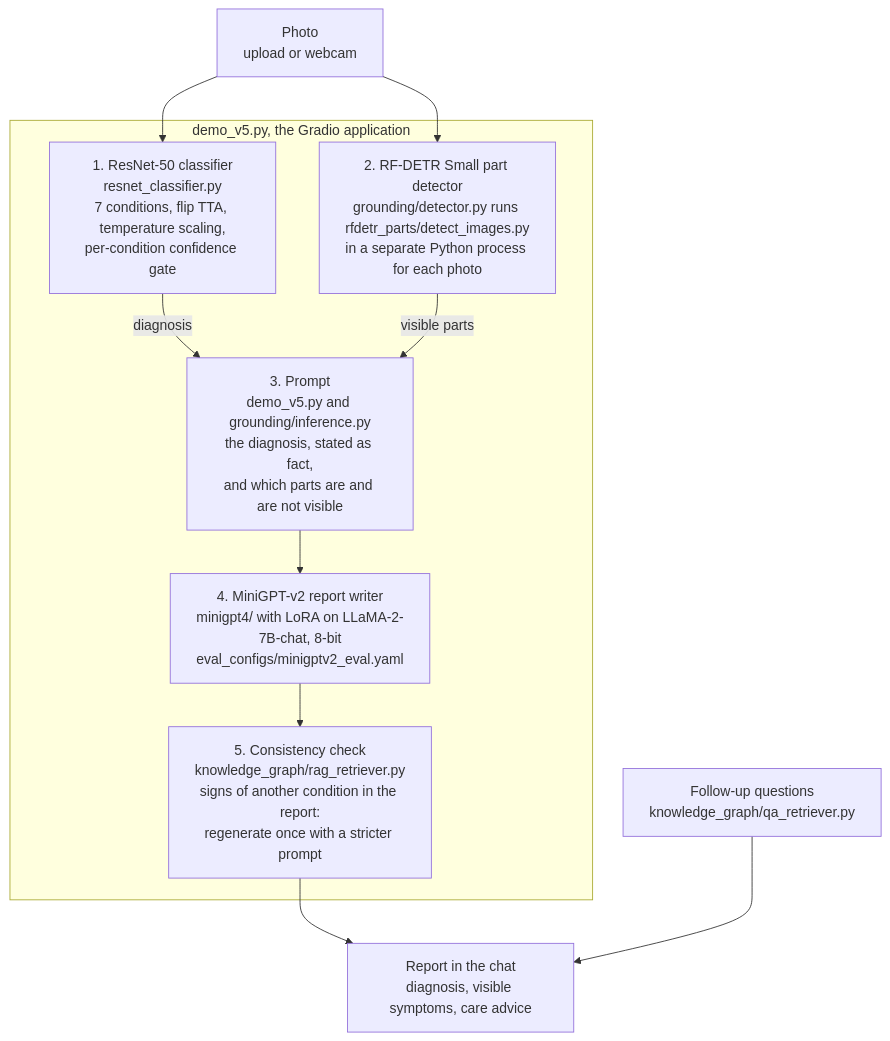
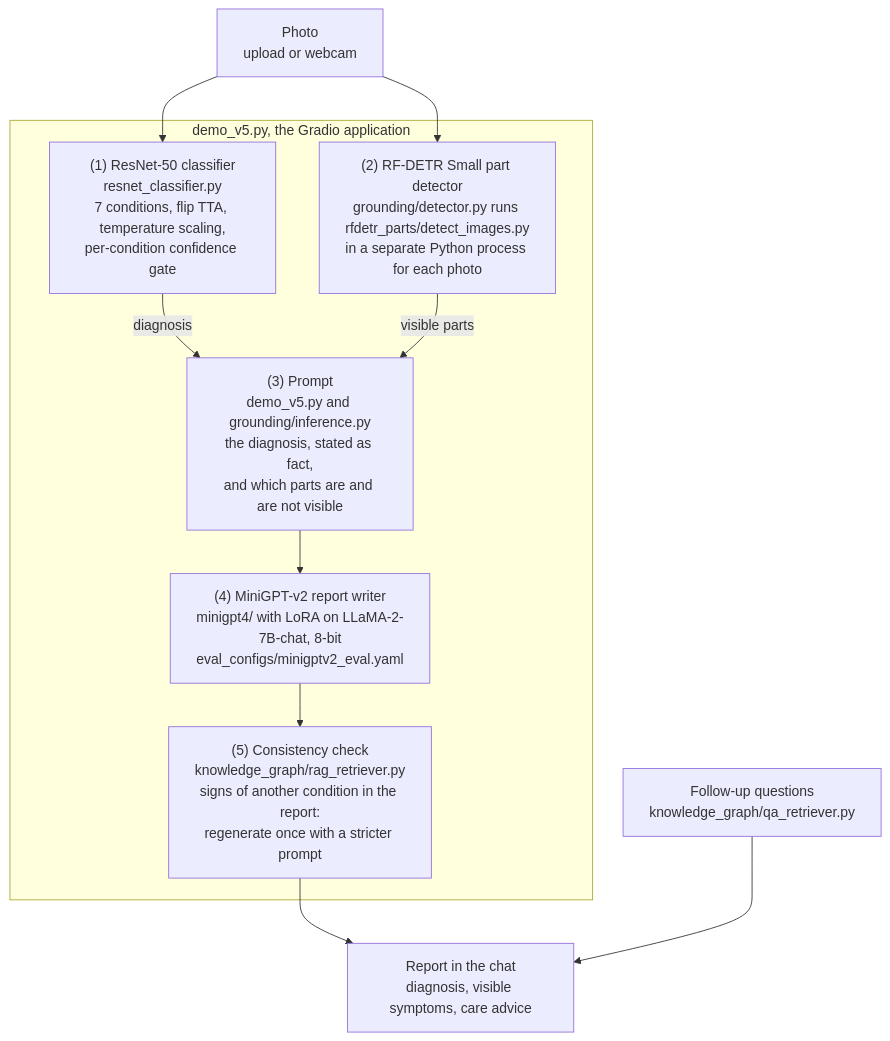
The first of 2 diagrams in v1/README.md (greatroboticslab/AGAI), drawn with Mermaid before and after one commit. The commit also changed 1 other file, not shown here.

Commit message:
Diagram labels: (1), (2) instead of '1.', which Mermaid can read as a Markdown list

````diff
--- a/v1/README.md
+++ b/v1/README.md
@@ -20,18 +20,18 @@
 ```mermaid
 flowchart TB
     P["Photo<br/>upload or webcam"]
     subgraph APP["demo_v5.py, the Gradio application"]
-        C["1. ResNet-50 classifier<br/>resnet_classifier.py<br/>7 conditions, flip TTA, temperature scaling,<br/>per-condition confidence gate"]
-        D["2. RF-DETR Small part detector<br/>grounding/detector.py runs rfdetr_parts/detect_images.py<br/>in a separate Python process for each photo"]
-        B["3. Prompt<br/>demo_v5.py and grounding/inference.py<br/>the diagnosis, stated as fact,<br/>and which parts are and are not visible"]
-        M["4. MiniGPT-v2 report writer<br/>minigpt4/ with LoRA on LLaMA-2-7B-chat, 8-bit<br/>eval_configs/minigptv2_eval.yaml"]
-        K["5. Consistency check<br/>knowledge_graph/rag_retriever.py<br/>signs of another condition in the report:<br/>regenerate once with a stricter prompt"]
+        C["(1) ResNet-50 classifier<br/>resnet_classifier.py<br/>7 conditions, flip TTA, temperature scaling,<br/>per-condition confidence gate"]
+        D["(2) RF-DETR Small part detector<br/>grounding/detector.py runs rfdetr_parts/detect_images.py<br/>in a separate Python process for each photo"]
+        B["(3) Prompt<br/>demo_v5.py and grounding/inference.py<br/>the diagnosis, stated as fact,<br/>and which parts are and are not visible"]
+        M["(4) MiniGPT-v2 report writer<br/>minigpt4/ with LoRA on LLaMA-2-7B-chat, 8-bit<br/>eval_configs/minigptv2_eval.yaml"]
+        K["(5) Consistency check<br/>knowledge_graph/rag_retriever.py<br/>signs of another condition in the report:<br/>regenerate once with a stricter prompt"]
     end
     P --> C
     P --> D
     C -->|"diagnosis"| B
     D -->|"visible parts"| B
     B --> M --> K
     K --> R["Report in the chat<br/>diagnosis, visible symptoms, care advice"]
     Q["Follow-up questions<br/>knowledge_graph/qa_retriever.py"] --> R
 ```
````
